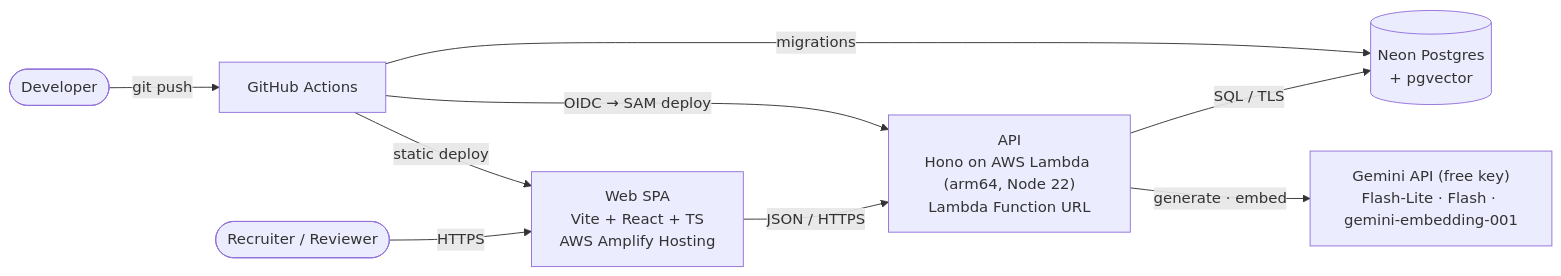
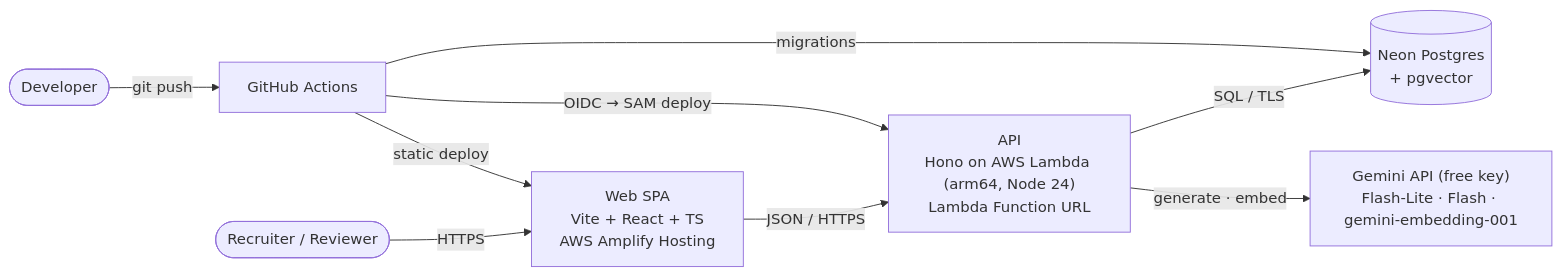
One commit to Hqasim/hiresignal changed the first of 5 diagrams in docs/SPEC.md. Above: the diagram before and after it, drawn with Mermaid. The commit also changed other lines of this file and 4 other files, not shown here.

````diff
--- a/docs/SPEC.md
+++ b/docs/SPEC.md
@@ -167,11 +167,11 @@
 ```mermaid
 flowchart LR
   user([Recruiter / Reviewer]) -->|HTTPS| web["Web SPA<br/>Vite + React + TS<br/>AWS Amplify Hosting"]
-  web -->|JSON / HTTPS| api["API<br/>Hono on AWS Lambda (arm64, Node 22)<br/>Lambda Function URL"]
+  web -->|JSON / HTTPS| api["API<br/>Hono on AWS Lambda (arm64, Node 24)<br/>Lambda Function URL"]
   api -->|SQL / TLS| db[("Neon Postgres<br/>+ pgvector")]
   api -->|generate · embed| gem["Gemini API (free key)<br/>Flash-Lite · Flash · gemini-embedding-001"]
   dev([Developer]) -->|git push| gha[GitHub Actions]
   gha -->|"OIDC → SAM deploy"| api
   gha -->|static deploy| web
   gha -->|migrations| db
 ```
````
